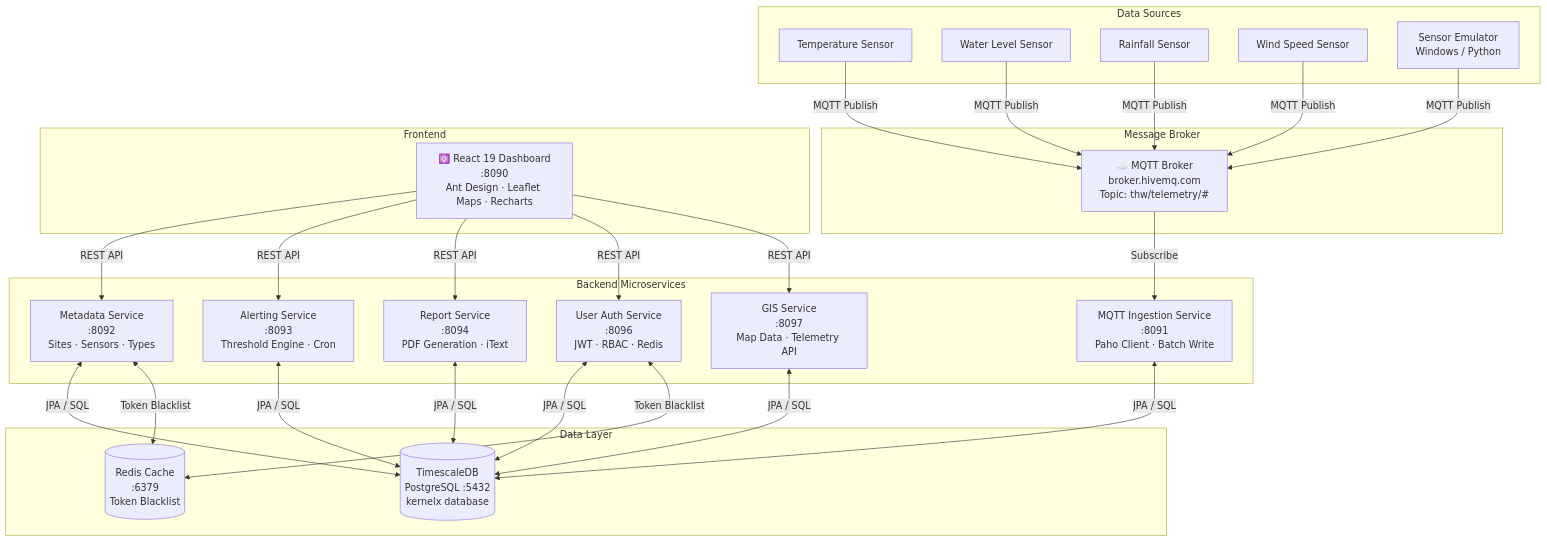
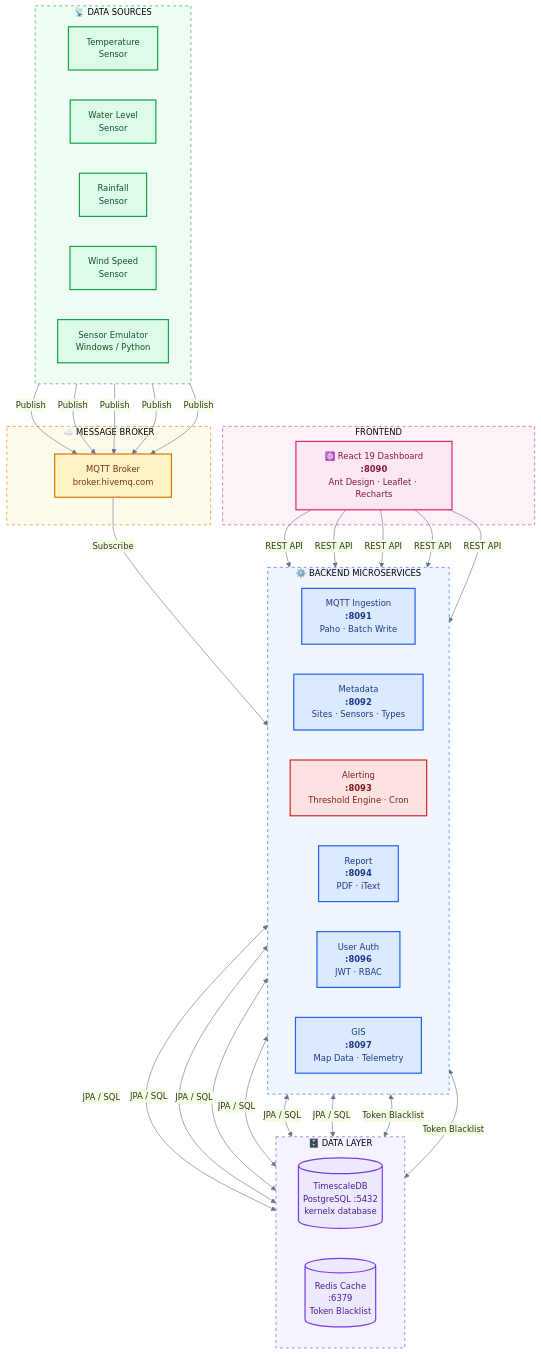
Before and after one commit to cepdnaclk/e22-co2060-hydro-risk-management: the first of 2 diagrams in README.md, drawn with Mermaid. The commit also changed other lines of this file and 3 other files, not shown here.

````diff
--- a/README.md
+++ b/README.md
@@ -38,38 +47,62 @@
 ```mermaid
+%%{init: {'theme':'base','themeVariables':{'fontFamily':'Inter, Segoe UI, sans-serif','primaryColor':'#e0f2fe','primaryBorderColor':'#0284c7','lineColor':'#64748b','fontSize':'14px'}}}%%
 graph TB
-    subgraph "Data Sources"
-        S1[Temperature Sensor]
-        S2[Water Level Sensor]
-        S3[Rainfall Sensor]
-        S4[Wind Speed Sensor]
-        EMU[Sensor Emulator<br/>Windows / Python]
+    subgraph SRC["📡 DATA SOURCES"]
+        direction LR
+        S1[" Temperature<br/>Sensor"]
+        S2[" Water Level<br/>Sensor"]
+        S3[" Rainfall<br/>Sensor"]
+        S4[" Wind Speed<br/>Sensor"]
+        EMU[" Sensor Emulator<br/>Windows / Python"]
     end
 
-    subgraph "Message Broker"
-        MQTT[☁️ MQTT Broker<br/>broker.hivemq.com<br/>Topic: thw/telemetry/#]
+    subgraph BRK["☁️ MESSAGE BROKER"]
+        MQTT[" MQTT Broker<br/>broker.hivemq.com"]
     end
 
-    subgraph "Backend Microservices"
-        MS1[MQTT Ingestion Service<br/>:8091<br/>Paho Client · Batch Write]
-        MS2[Metadata Service<br/>:8092<br/>Sites · Sensors · Types]
-        MS3[Alerting Service<br/>:8093<br/>Threshold Engine · Cron]
-        MS4[Report Service<br/>:8094<br/>PDF Generation · iText]
-        MS5[User Auth Service<br/>:8096<br/>JWT · RBAC · Redis]
-        MS6[GIS Service<br/>:8097<br/>Map Data · Telemetry API]
+    subgraph SVC["⚙️ BACKEND MICROSERVICES"]
+        direction LR
+        MS1[" MQTT Ingestion<br/><b>:8091</b><br/>Paho · Batch Write"]
+        MS2[" Metadata<br/><b>:8092</b><br/>Sites · Sensors · Types"]
+        MS3[" Alerting<br/><b>:8093</b><br/>Threshold Engine · Cron"]
+        MS4[" Report<br/><b>:8094</b><br/>PDF · iText"]
+        MS5[" User Auth<br/><b>:8096</b><br/>JWT · RBAC"]
+        MS6[" GIS<br/><b>:8097</b><br/>Map Data · Telemetry"]
     end
 
-    subgraph "Data Layer"
-        DB[(TimescaleDB<br/>PostgreSQL :5432<br/>kernelx database)]
-        REDIS[(Redis Cache<br/>:6379<br/>Token Blacklist)]
+    subgraph DAT["🗄️ DATA LAYER"]
+        direction LR
+        DB[(" TimescaleDB<br/>PostgreSQL :5432<br/>kernelx database")]
+        REDIS[(" Redis Cache<br/>:6379<br/>Token Blacklist")]
     end
 
-    subgraph "Frontend"
-        FE[⚛️ React 19 Dashboard<br/>:8090<br/>Ant Design · Leaflet Maps · Recharts]
+    subgraph FRT[" FRONTEND"]
+        FE["⚛️ React 19 Dashboard<br/><b>:8090</b><br/>Ant Design · Leaflet · Recharts"]
     end
 
-    S1 & S2 & S3 & S4 & EMU -->|MQTT Publish| MQTT
-    MQTT -->|Subscribe| MS1
-    MS1 & MS2 & MS3 & MS4 & MS5 & MS6 <-->|JPA / SQL| DB
-    MS5 & MS2 <-->|Token Blacklist| REDIS
-    FE -->|REST API| MS2 & MS3 & MS4 & MS5 & MS6
+    S1 & S2 & S3 & S4 & EMU -->|" Publish"| MQTT
+    MQTT -->|" Subscribe"| MS1
+    MS1 & MS2 & MS3 & MS4 & MS5 & MS6 <-->|"JPA / SQL"| DB
+    MS5 & MS2 <-->|"Token Blacklist"| REDIS
+    FE -->|"REST API"| MS2 & MS3 & MS4 & MS5 & MS6
+
+    classDef sensor fill:#dcfce7,stroke:#16a34a,stroke-width:2px,color:#14532d
+    classDef broker fill:#fef3c7,stroke:#d97706,stroke-width:2px,color:#78350f
+    classDef service fill:#dbeafe,stroke:#2563eb,stroke-width:2px,color:#1e3a8a
+    classDef alert fill:#fee2e2,stroke:#dc2626,stroke-width:2px,color:#7f1d1d
+    classDef data fill:#ede9fe,stroke:#7c3aed,stroke-width:2px,color:#4c1d95
+    classDef front fill:#fce7f3,stroke:#db2777,stroke-width:2px,color:#831843
+
+    class S1,S2,S3,S4,EMU sensor
+    class MQTT broker
+    class MS1,MS2,MS4,MS5,MS6 service
+    class MS3 alert
+    class DB,REDIS data
+    class FE front
+
+    style SRC fill:#f0fdf4,stroke:#16a34a,stroke-dasharray: 5 5
+    style BRK fill:#fffbeb,stroke:#d97706,stroke-dasharray: 5 5
+    style SVC fill:#eff6ff,stroke:#2563eb,stroke-dasharray: 5 5
+    style DAT fill:#f5f3ff,stroke:#7c3aed,stroke-dasharray: 5 5
+    style FRT fill:#fdf2f8,stroke:#db2777,stroke-dasharray: 5 5
 ```
````
